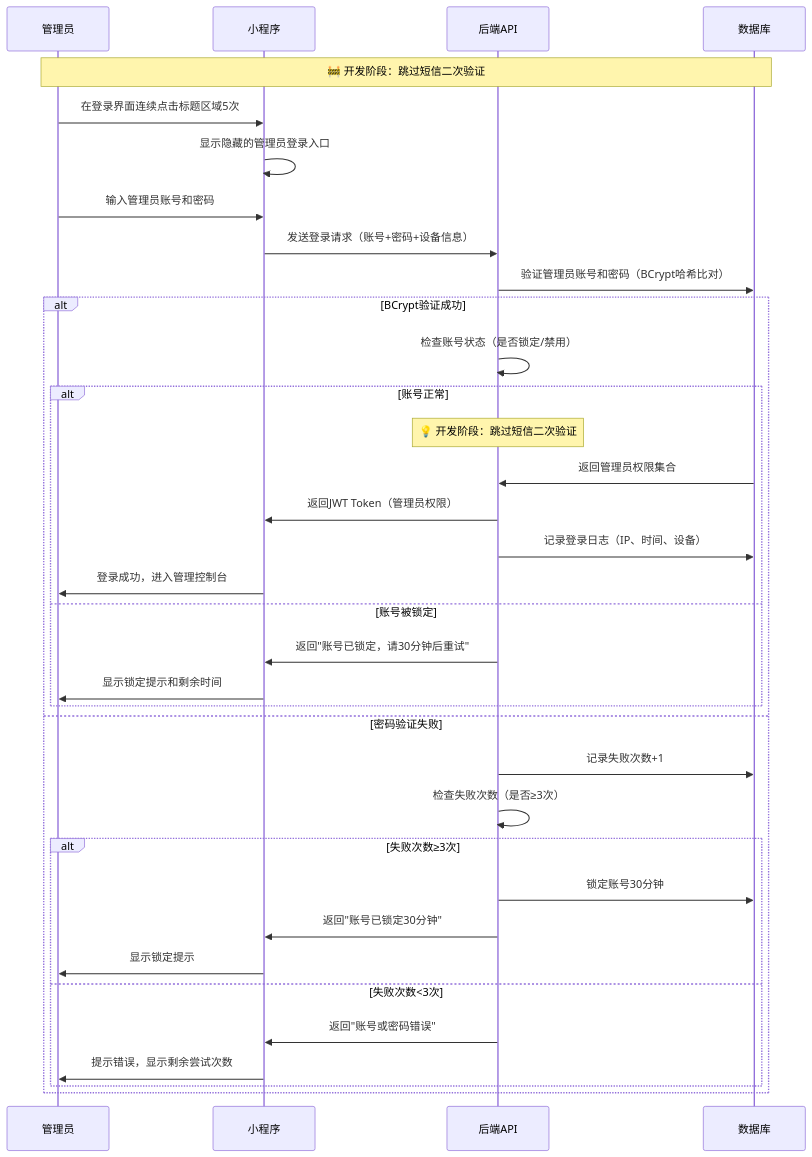
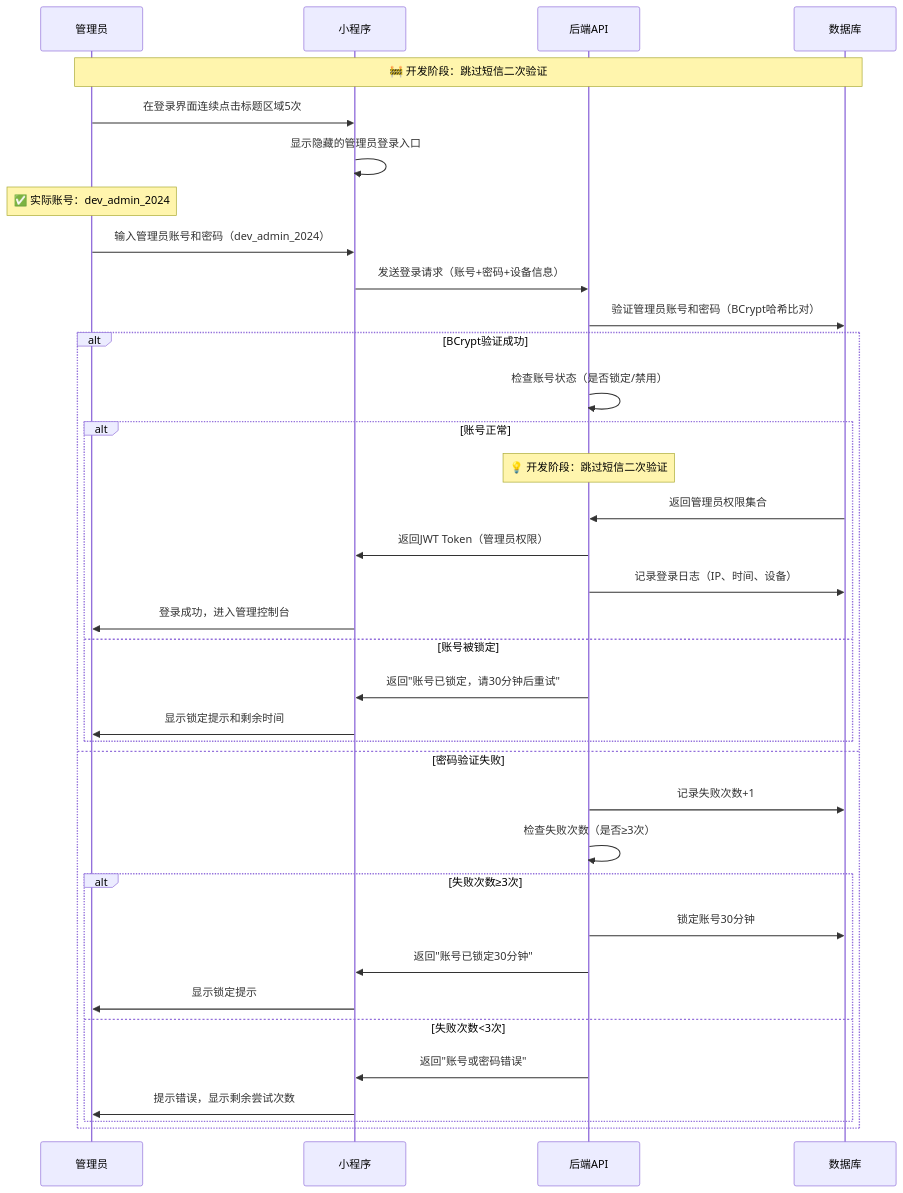
The ninth of 11 diagrams in 产品功能结构描述.md (qwerasdf659/tiangonghouduan), drawn with Mermaid before and after one commit. The commit also changed other lines of this file and 12 other files, not shown here.

````diff
--- a/产品功能结构描述.md
+++ b/产品功能结构描述.md
@@ -296,39 +308,40 @@
 ```mermaid
 sequenceDiagram
     participant A as 管理员
     participant S as 小程序
     participant API as 后端API
     participant DB as 数据库
 
     Note over A,DB: 🚧 开发阶段：跳过短信二次验证
     A->>S: 在登录界面连续点击标题区域5次
     S->>S: 显示隐藏的管理员登录入口
-    A->>S: 输入管理员账号和密码
+    Note over A: ✅ 实际账号：dev_admin_2024
+    A->>S: 输入管理员账号和密码（dev_admin_2024）
     S->>API: 发送登录请求（账号+密码+设备信息）
     API->>DB: 验证管理员账号和密码（BCrypt哈希比对）
     
     alt BCrypt验证成功
         API->>API: 检查账号状态（是否锁定/禁用）
         alt 账号正常
             Note over API: 💡 开发阶段：跳过短信二次验证
             DB->>API: 返回管理员权限集合
             API->>S: 返回JWT Token（管理员权限）
             API->>DB: 记录登录日志（IP、时间、设备）
             S->>A: 登录成功，进入管理控制台
         else 账号被锁定
             API->>S: 返回"账号已锁定，请30分钟后重试"
             S->>A: 显示锁定提示和剩余时间
         end
     else 密码验证失败
         API->>DB: 记录失败次数+1
         API->>API: 检查失败次数（是否≥3次）
         alt 失败次数≥3次
             API->>DB: 锁定账号30分钟
             API->>S: 返回"账号已锁定30分钟"
             S->>A: 显示锁定提示
         else 失败次数<3次
             API->>S: 返回"账号或密码错误"
             S->>A: 提示错误，显示剩余尝试次数
         end
     end
 ```
````
